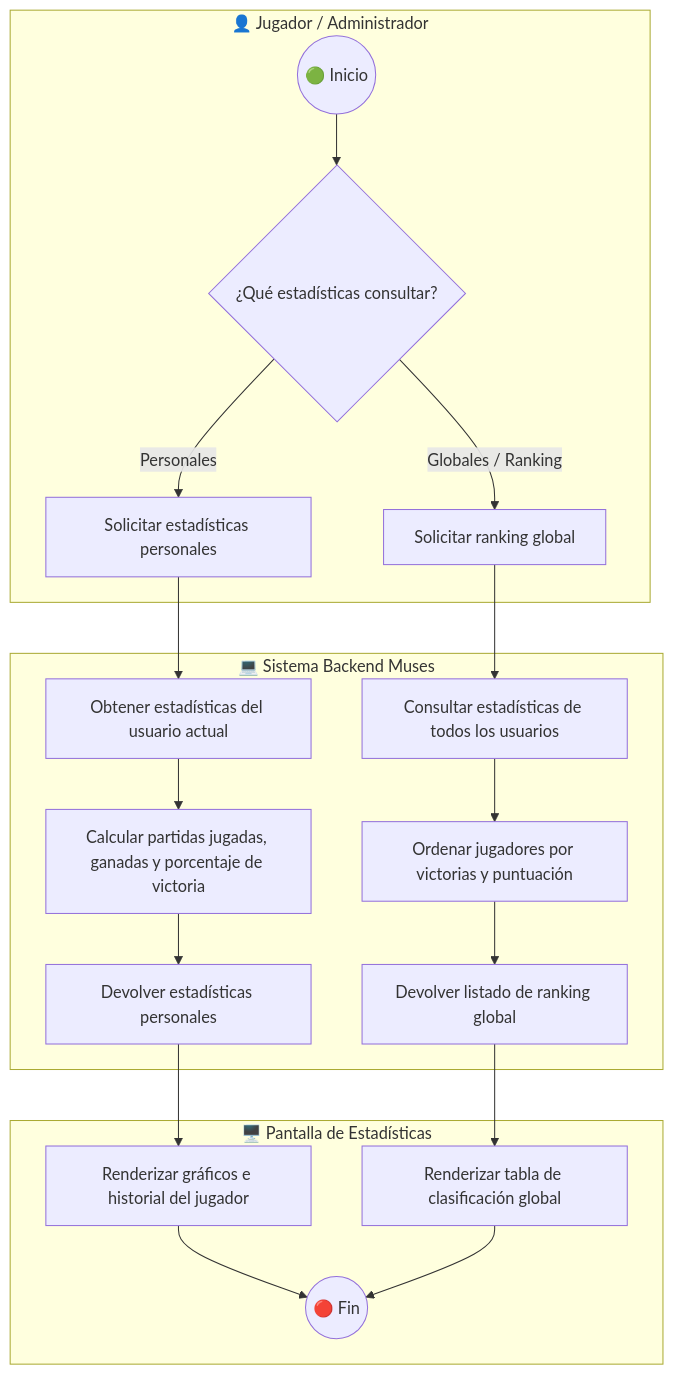
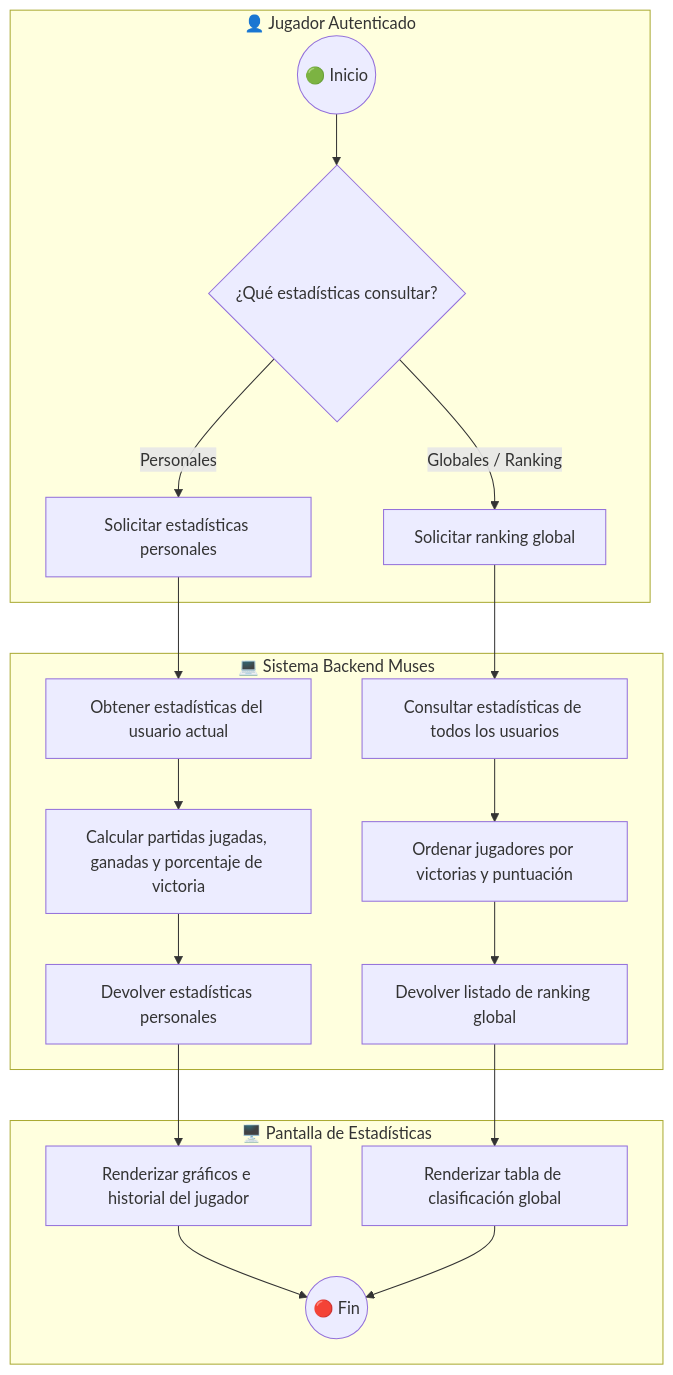
One commit to PedroJimenezGuerrero/Muses_TFG changed the ninth of 10 diagrams in docs/Análisis/Procesos de negocio.md. Above: the diagram before and after it, drawn with Mermaid. The commit also changed other lines of this file, not shown here.

````diff
--- a/docs/Análisis/Procesos de negocio.md
+++ b/docs/Análisis/Procesos de negocio.md
@@ -350,26 +309,26 @@
 ```mermaid
 flowchart TD
-    subgraph Usuario ["👤 Jugador / Administrador"]
+    subgraph Usuario ["👤 Jugador Autenticado"]
         A(( 🟢 Inicio )) --> B{¿Qué estadísticas consultar?}
         
         B -- Personales --> C[Solicitar estadísticas personales]
         B -- Globales / Ranking --> D[Solicitar ranking global]
     end
 
     subgraph Backend ["💻 Sistema Backend Muses"]
         C --> E[Obtener estadísticas del usuario actual]
         E --> F[Calcular partidas jugadas, ganadas y porcentaje de victoria]
         F --> G[Devolver estadísticas personales]
 
         D --> H[Consultar estadísticas de todos los usuarios]
         H --> I[Ordenar jugadores por victorias y puntuación]
         I --> J[Devolver listado de ranking global]
     end
 
     subgraph Vista ["🖥️ Pantalla de Estadísticas"]
         G --> K[Renderizar gráficos e historial del jugador]
         J --> L[Renderizar tabla de clasificación global]
         K --> M(( 🔴 Fin ))
         L --> M
     end
 ```
````
